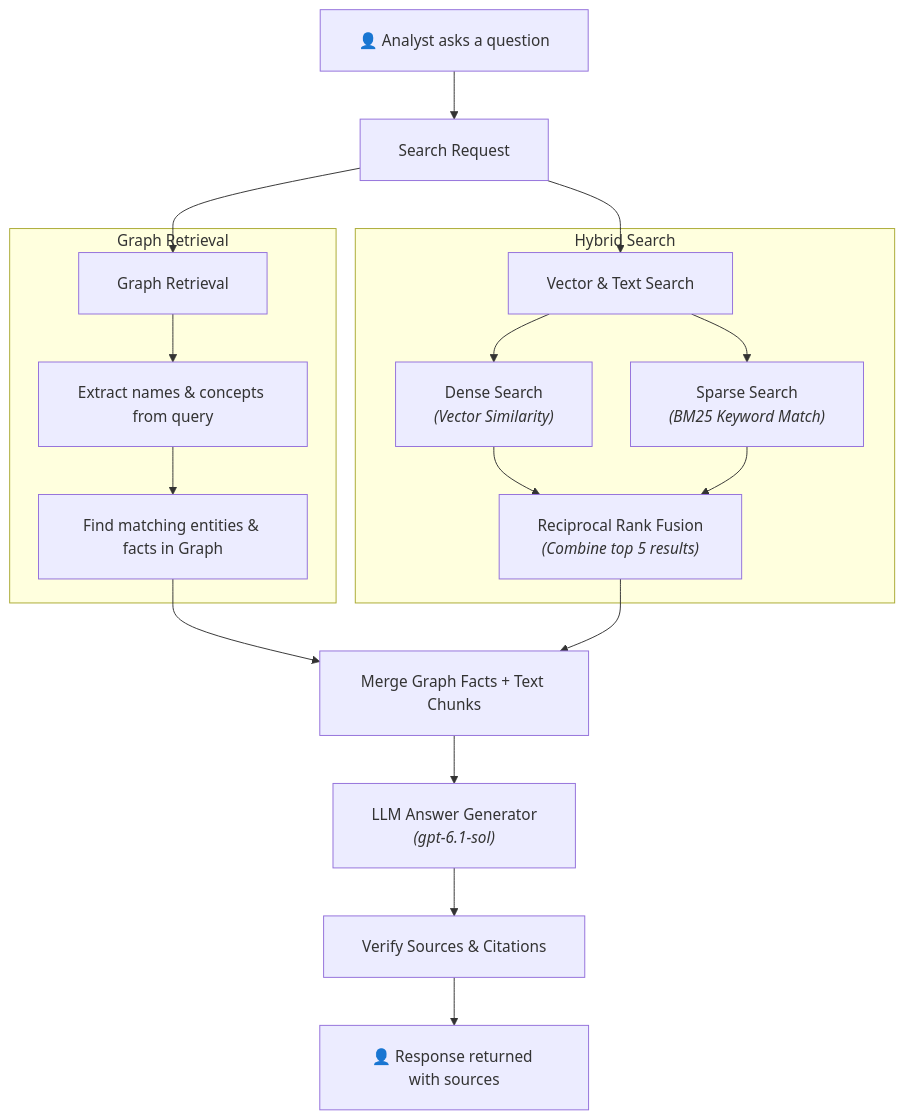
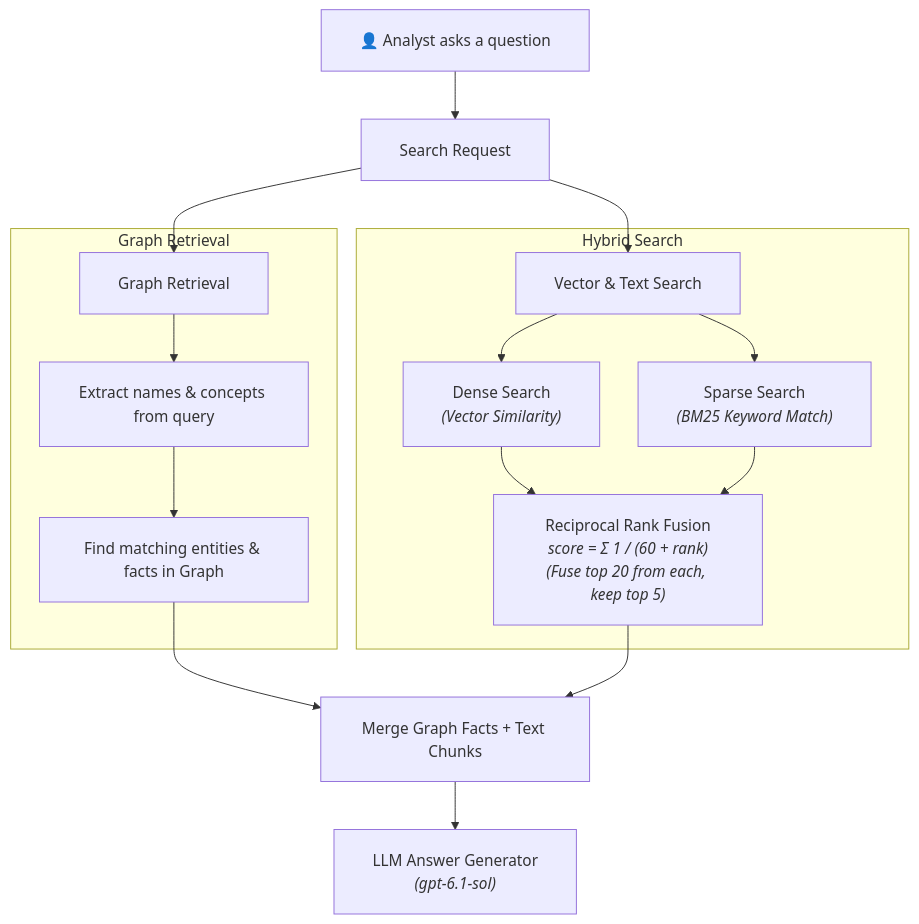
One commit to NickRumenov1/next-insights-rag changed the second of 2 diagrams in README.md. Above: the diagram before and after it, drawn with Mermaid. The commit also changed other lines of this file and 6 other files, not shown here.

````diff
--- a/README.md
+++ b/README.md
@@ -69,27 +71,25 @@
 ```mermaid
 %%{init: {"themeVariables": {"fontSize": "16"}, "flowchart": {"padding": 20, "nodeSpacing": 40, "rankSpacing": 50}}}%%
 flowchart TD
     User["👤 Analyst asks a question"] --> API["Search Request"]
 
     API --> GraphSearch["Graph Retrieval"]
     API --> HybridSearch["Vector & Text Search"]
 
     subgraph Graph Retrieval
         GraphSearch --> ExtractEntities["Extract names & concepts from query"]
         ExtractEntities --> MatchGraph["Find matching entities & facts in Graph"]
     end
 
     subgraph Hybrid Search
         HybridSearch --> Semantic["Dense Search<br/><i>(Vector Similarity)</i>"]
         HybridSearch --> Keyword["Sparse Search<br/><i>(BM25 Keyword Match)</i>"]
-        Semantic --> Combine["Reciprocal Rank Fusion<br/><i>(Combine top 5 results)</i>"]
+        Semantic --> Combine["Reciprocal Rank Fusion<br/><i>score = Σ 1 / (60 + rank)</i><br/><i>(Fuse top 20 from each, keep top 5)</i>"]
         Keyword --> Combine
     end
 
     MatchGraph --> Merge["Merge Graph Facts + Text Chunks"]
     Combine --> Merge
 
     Merge --> LLM["LLM Answer Generator<br/><i>(gpt-6.1-sol)</i>"]
-    LLM --> Verify["Verify Sources & Citations"]
-    Verify --> Answer["👤 Response returned with sources"]
 ```
````
